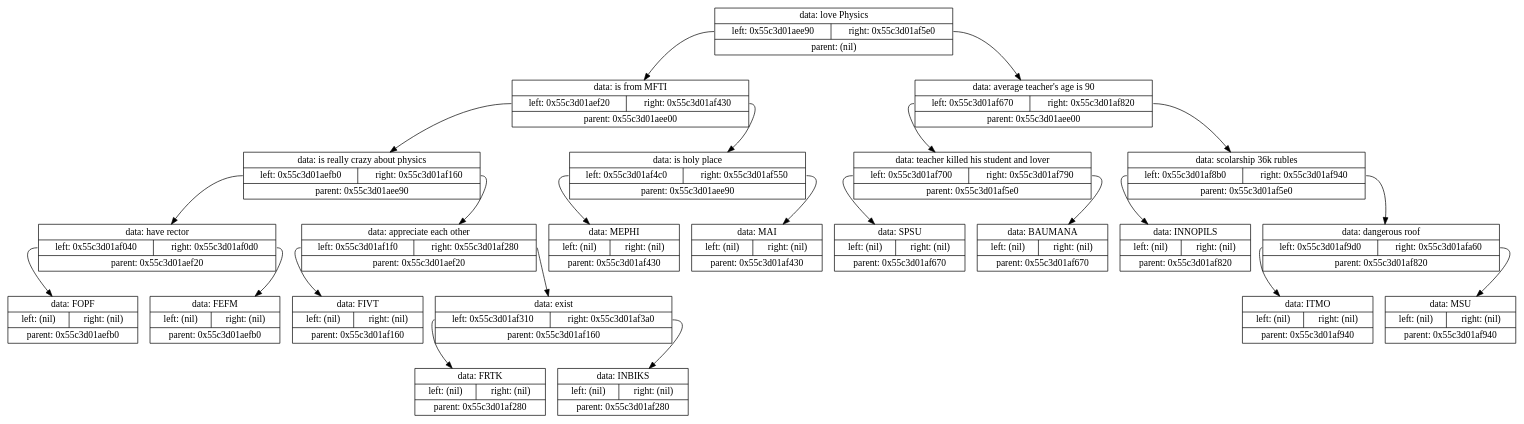
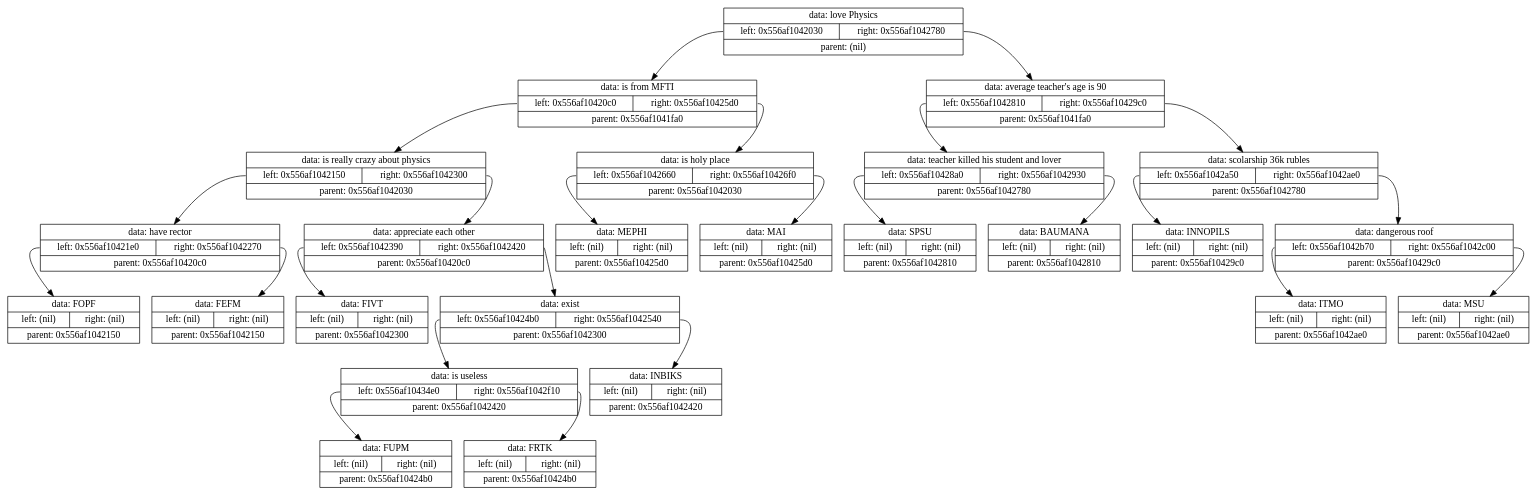
The diagram in Projects/7.Akinator/tmp/tempautogeneratedlog.gv (Shishqa/MIPT_1sem_C_lang), drawn with Graphviz before and after one commit. The commit also changed 4 other files, not shown here.

```diff
--- a/Projects/7.Akinator/tmp/tempautogeneratedlog.gv
+++ b/Projects/7.Akinator/tmp/tempautogeneratedlog.gv
@@ -1,49 +1,53 @@
 digraph dump
 {
-	node0x55c3d01aee00 [shape = "record", label = "{<f1>data: love Physics|{<f2>left: 0x55c3d01aee90|<f3>right: 0x55c3d01af5e0}|<f4>parent: (nil)}"];
-	node0x55c3d01aee90 [shape = "record", label = "{<f1>data: is from MFTI|{<f2>left: 0x55c3d01aef20|<f3>right: 0x55c3d01af430}|<f4>parent: 0x55c3d01aee00}"];
-	node0x55c3d01aef20 [shape = "record", label = "{<f1>data: is really crazy about physics|{<f2>left: 0x55c3d01aefb0|<f3>right: 0x55c3d01af160}|<f4>parent: 0x55c3d01aee90}"];
-	node0x55c3d01aefb0 [shape = "record", label = "{<f1>data: have rector|{<f2>left: 0x55c3d01af040|<f3>right: 0x55c3d01af0d0}|<f4>parent: 0x55c3d01aef20}"];
-	node0x55c3d01af040 [shape = "record", label = "{<f1>data: FOPF|{<f2>left: (nil)|<f3>right: (nil)}|<f4>parent: 0x55c3d01aefb0}"];
-	node0x55c3d01aefb0:f2 -> node0x55c3d01af040
-	node0x55c3d01af0d0 [shape = "record", label = "{<f1>data: FEFM|{<f2>left: (nil)|<f3>right: (nil)}|<f4>parent: 0x55c3d01aefb0}"];
-	node0x55c3d01aefb0:f3 -> node0x55c3d01af0d0
-	node0x55c3d01aef20:f2 -> node0x55c3d01aefb0
-	node0x55c3d01af160 [shape = "record", label = "{<f1>data: appreciate each other|{<f2>left: 0x55c3d01af1f0|<f3>right: 0x55c3d01af280}|<f4>parent: 0x55c3d01aef20}"];
-	node0x55c3d01af1f0 [shape = "record", label = "{<f1>data: FIVT|{<f2>left: (nil)|<f3>right: (nil)}|<f4>parent: 0x55c3d01af160}"];
-	node0x55c3d01af160:f2 -> node0x55c3d01af1f0
-	node0x55c3d01af280 [shape = "record", label = "{<f1>data: exist|{<f2>left: 0x55c3d01af310|<f3>right: 0x55c3d01af3a0}|<f4>parent: 0x55c3d01af160}"];
-	node0x55c3d01af310 [shape = "record", label = "{<f1>data: FRTK|{<f2>left: (nil)|<f3>right: (nil)}|<f4>parent: 0x55c3d01af280}"];
-	node0x55c3d01af280:f2 -> node0x55c3d01af310
-	node0x55c3d01af3a0 [shape = "record", label = "{<f1>data: INBIKS|{<f2>left: (nil)|<f3>right: (nil)}|<f4>parent: 0x55c3d01af280}"];
-	node0x55c3d01af280:f3 -> node0x55c3d01af3a0
-	node0x55c3d01af160:f3 -> node0x55c3d01af280
-	node0x55c3d01aef20:f3 -> node0x55c3d01af160
-	node0x55c3d01aee90:f2 -> node0x55c3d01aef20
-	node0x55c3d01af430 [shape = "record", label = "{<f1>data: is holy place|{<f2>left: 0x55c3d01af4c0|<f3>right: 0x55c3d01af550}|<f4>parent: 0x55c3d01aee90}"];
-	node0x55c3d01af4c0 [shape = "record", label = "{<f1>data: MEPHI|{<f2>left: (nil)|<f3>right: (nil)}|<f4>parent: 0x55c3d01af430}"];
-	node0x55c3d01af430:f2 -> node0x55c3d01af4c0
-	node0x55c3d01af550 [shape = "record", label = "{<f1>data: MAI|{<f2>left: (nil)|<f3>right: (nil)}|<f4>parent: 0x55c3d01af430}"];
-	node0x55c3d01af430:f3 -> node0x55c3d01af550
-	node0x55c3d01aee90:f3 -> node0x55c3d01af430
-	node0x55c3d01aee00:f2 -> node0x55c3d01aee90
-	node0x55c3d01af5e0 [shape = "record", label = "{<f1>data: average teacher's age is 90|{<f2>left: 0x55c3d01af670|<f3>right: 0x55c3d01af820}|<f4>parent: 0x55c3d01aee00}"];
-	node0x55c3d01af670 [shape = "record", label = "{<f1>data: teacher killed his student and lover|{<f2>left: 0x55c3d01af700|<f3>right: 0x55c3d01af790}|<f4>parent: 0x55c3d01af5e0}"];
-	node0x55c3d01af700 [shape = "record", label = "{<f1>data: SPSU|{<f2>left: (nil)|<f3>right: (nil)}|<f4>parent: 0x55c3d01af670}"];
-	node0x55c3d01af670:f2 -> node0x55c3d01af700
-	node0x55c3d01af790 [shape = "record", label = "{<f1>data: BAUMANA|{<f2>left: (nil)|<f3>right: (nil)}|<f4>parent: 0x55c3d01af670}"];
-	node0x55c3d01af670:f3 -> node0x55c3d01af790
-	node0x55c3d01af5e0:f2 -> node0x55c3d01af670
-	node0x55c3d01af820 [shape = "record", label = "{<f1>data: scolarship 36k rubles|{<f2>left: 0x55c3d01af8b0|<f3>right: 0x55c3d01af940}|<f4>parent: 0x55c3d01af5e0}"];
-	node0x55c3d01af8b0 [shape = "record", label = "{<f1>data: INNOPILS|{<f2>left: (nil)|<f3>right: (nil)}|<f4>parent: 0x55c3d01af820}"];
-	node0x55c3d01af820:f2 -> node0x55c3d01af8b0
-	node0x55c3d01af940 [shape = "record", label = "{<f1>data: dangerous roof|{<f2>left: 0x55c3d01af9d0|<f3>right: 0x55c3d01afa60}|<f4>parent: 0x55c3d01af820}"];
-	node0x55c3d01af9d0 [shape = "record", label = "{<f1>data: ITMO|{<f2>left: (nil)|<f3>right: (nil)}|<f4>parent: 0x55c3d01af940}"];
-	node0x55c3d01af940:f2 -> node0x55c3d01af9d0
-	node0x55c3d01afa60 [shape = "record", label = "{<f1>data: MSU|{<f2>left: (nil)|<f3>right: (nil)}|<f4>parent: 0x55c3d01af940}"];
-	node0x55c3d01af940:f3 -> node0x55c3d01afa60
-	node0x55c3d01af820:f3 -> node0x55c3d01af940
-	node0x55c3d01af5e0:f3 -> node0x55c3d01af820
-	node0x55c3d01aee00:f3 -> node0x55c3d01af5e0
+	node0x556af1041fa0 [shape = "record", label = "{<f1>data: love Physics|{<f2>left: 0x556af1042030|<f3>right: 0x556af1042780}|<f4>parent: (nil)}"];
+	node0x556af1042030 [shape = "record", label = "{<f1>data: is from MFTI|{<f2>left: 0x556af10420c0|<f3>right: 0x556af10425d0}|<f4>parent: 0x556af1041fa0}"];
+	node0x556af10420c0 [shape = "record", label = "{<f1>data: is really crazy about physics|{<f2>left: 0x556af1042150|<f3>right: 0x556af1042300}|<f4>parent: 0x556af1042030}"];
+	node0x556af1042150 [shape = "record", label = "{<f1>data: have rector|{<f2>left: 0x556af10421e0|<f3>right: 0x556af1042270}|<f4>parent: 0x556af10420c0}"];
+	node0x556af10421e0 [shape = "record", label = "{<f1>data: FOPF|{<f2>left: (nil)|<f3>right: (nil)}|<f4>parent: 0x556af1042150}"];
+	node0x556af1042150:f2 -> node0x556af10421e0
+	node0x556af1042270 [shape = "record", label = "{<f1>data: FEFM|{<f2>left: (nil)|<f3>right: (nil)}|<f4>parent: 0x556af1042150}"];
+	node0x556af1042150:f3 -> node0x556af1042270
+	node0x556af10420c0:f2 -> node0x556af1042150
+	node0x556af1042300 [shape = "record", label = "{<f1>data: appreciate each other|{<f2>left: 0x556af1042390|<f3>right: 0x556af1042420}|<f4>parent: 0x556af10420c0}"];
+	node0x556af1042390 [shape = "record", label = "{<f1>data: FIVT|{<f2>left: (nil)|<f3>right: (nil)}|<f4>parent: 0x556af1042300}"];
+	node0x556af1042300:f2 -> node0x556af1042390
+	node0x556af1042420 [shape = "record", label = "{<f1>data: exist|{<f2>left: 0x556af10424b0|<f3>right: 0x556af1042540}|<f4>parent: 0x556af1042300}"];
+	node0x556af10424b0 [shape = "record", label = "{<f1>data: is useless|{<f2>left: 0x556af10434e0|<f3>right: 0x556af1042f10}|<f4>parent: 0x556af1042420}"];
+	node0x556af10434e0 [shape = "record", label = "{<f1>data: FUPM|{<f2>left: (nil)|<f3>right: (nil)}|<f4>parent: 0x556af10424b0}"];
+	node0x556af10424b0:f2 -> node0x556af10434e0
+	node0x556af1042f10 [shape = "record", label = "{<f1>data: FRTK|{<f2>left: (nil)|<f3>right: (nil)}|<f4>parent: 0x556af10424b0}"];
+	node0x556af10424b0:f3 -> node0x556af1042f10
+	node0x556af1042420:f2 -> node0x556af10424b0
+	node0x556af1042540 [shape = "record", label = "{<f1>data: INBIKS|{<f2>left: (nil)|<f3>right: (nil)}|<f4>parent: 0x556af1042420}"];
+	node0x556af1042420:f3 -> node0x556af1042540
+	node0x556af1042300:f3 -> node0x556af1042420
+	node0x556af10420c0:f3 -> node0x556af1042300
+	node0x556af1042030:f2 -> node0x556af10420c0
+	node0x556af10425d0 [shape = "record", label = "{<f1>data: is holy place|{<f2>left: 0x556af1042660|<f3>right: 0x556af10426f0}|<f4>parent: 0x556af1042030}"];
+	node0x556af1042660 [shape = "record", label = "{<f1>data: MEPHI|{<f2>left: (nil)|<f3>right: (nil)}|<f4>parent: 0x556af10425d0}"];
+	node0x556af10425d0:f2 -> node0x556af1042660
+	node0x556af10426f0 [shape = "record", label = "{<f1>data: MAI|{<f2>left: (nil)|<f3>right: (nil)}|<f4>parent: 0x556af10425d0}"];
+	node0x556af10425d0:f3 -> node0x556af10426f0
+	node0x556af1042030:f3 -> node0x556af10425d0
+	node0x556af1041fa0:f2 -> node0x556af1042030
+	node0x556af1042780 [shape = "record", label = "{<f1>data: average teacher's age is 90|{<f2>left: 0x556af1042810|<f3>right: 0x556af10429c0}|<f4>parent: 0x556af1041fa0}"];
+	node0x556af1042810 [shape = "record", label = "{<f1>data: teacher killed his student and lover|{<f2>left: 0x556af10428a0|<f3>right: 0x556af1042930}|<f4>parent: 0x556af1042780}"];
+	node0x556af10428a0 [shape = "record", label = "{<f1>data: SPSU|{<f2>left: (nil)|<f3>right: (nil)}|<f4>parent: 0x556af1042810}"];
+	node0x556af1042810:f2 -> node0x556af10428a0
+	node0x556af1042930 [shape = "record", label = "{<f1>data: BAUMANA|{<f2>left: (nil)|<f3>right: (nil)}|<f4>parent: 0x556af1042810}"];
+	node0x556af1042810:f3 -> node0x556af1042930
+	node0x556af1042780:f2 -> node0x556af1042810
+	node0x556af10429c0 [shape = "record", label = "{<f1>data: scolarship 36k rubles|{<f2>left: 0x556af1042a50|<f3>right: 0x556af1042ae0}|<f4>parent: 0x556af1042780}"];
+	node0x556af1042a50 [shape = "record", label = "{<f1>data: INNOPILS|{<f2>left: (nil)|<f3>right: (nil)}|<f4>parent: 0x556af10429c0}"];
+	node0x556af10429c0:f2 -> node0x556af1042a50
+	node0x556af1042ae0 [shape = "record", label = "{<f1>data: dangerous roof|{<f2>left: 0x556af1042b70|<f3>right: 0x556af1042c00}|<f4>parent: 0x556af10429c0}"];
+	node0x556af1042b70 [shape = "record", label = "{<f1>data: ITMO|{<f2>left: (nil)|<f3>right: (nil)}|<f4>parent: 0x556af1042ae0}"];
+	node0x556af1042ae0:f2 -> node0x556af1042b70
+	node0x556af1042c00 [shape = "record", label = "{<f1>data: MSU|{<f2>left: (nil)|<f3>right: (nil)}|<f4>parent: 0x556af1042ae0}"];
+	node0x556af1042ae0:f3 -> node0x556af1042c00
+	node0x556af10429c0:f3 -> node0x556af1042ae0
+	node0x556af1042780:f3 -> node0x556af10429c0
+	node0x556af1041fa0:f3 -> node0x556af1042780
 
 }
```
